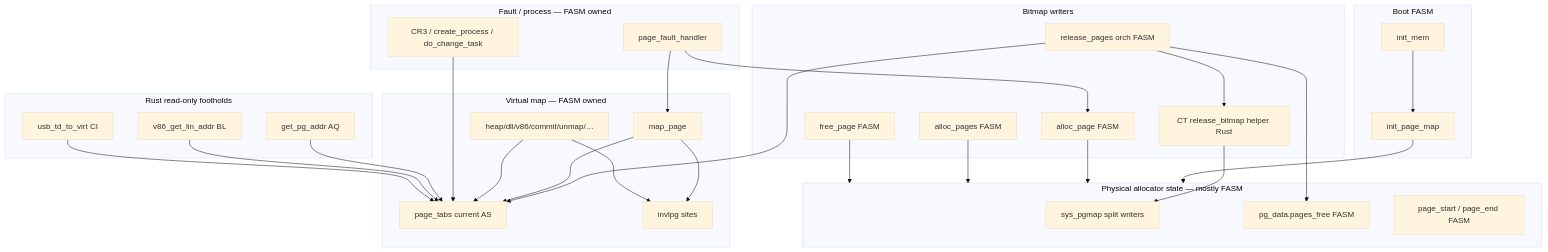
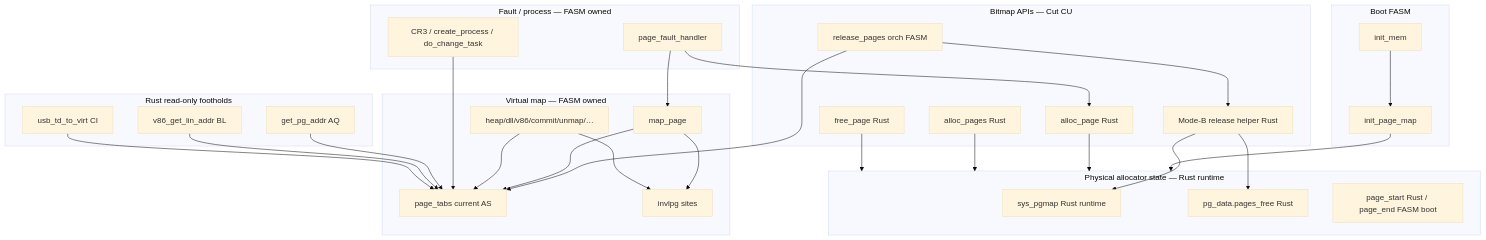
One commit to DarkoreXOR/KolibriOS-Reloaded changed the diagram in docs/migration/stage4-ownership-design.md. Above: the diagram before and after it, drawn with Mermaid (base theme). The commit also changed other lines of this file and 32 other files, not shown here.

````diff
--- a/docs/migration/stage4-ownership-design.md
+++ b/docs/migration/stage4-ownership-design.md
@@ -136,58 +139,58 @@
 ```mermaid
 flowchart TB
   subgraph boot [Boot FASM]
     init_mem[init_mem]
     init_page_map[init_page_map]
   end
 
-  subgraph phys [Physical allocator state — mostly FASM]
-    sys_pgmap[sys_pgmap split writers]
-    pages_free[pg_data.pages_free FASM]
-    page_start[page_start / page_end FASM]
+  subgraph phys [Physical allocator state — Rust runtime]
+    sys_pgmap[sys_pgmap Rust runtime]
+    pages_free[pg_data.pages_free Rust]
+    page_start[page_start Rust / page_end FASM boot]
   end
 
-  subgraph phys_api [Bitmap writers]
-    alloc_page[alloc_page FASM]
-    alloc_pages[alloc_pages FASM]
-    free_page[free_page FASM]
+  subgraph phys_api [Bitmap APIs — Cut CU]
+    alloc_page[alloc_page Rust]
+    alloc_pages[alloc_pages Rust]
+    free_page[free_page Rust]
     release_pages[release_pages orch FASM]
-    ct_helper[CT release_bitmap helper Rust]
+    mode_b[Mode-B release helper Rust]
   end
 
   subgraph virt [Virtual map — FASM owned]
     page_tabs[page_tabs current AS]
     map_page[map_page]
     other_pte[heap/dll/v86/commit/unmap/…]
     invlpg[invlpg sites]
   end
 
   subgraph fault [Fault / process — FASM owned]
     pf[page_fault_handler]
     cr3[CR3 / create_process / do_change_task]
   end
 
   subgraph rust_ro [Rust read-only footholds]
     AQ[get_pg_addr AQ]
     BL[v86_get_lin_addr BL]
     CI[usb_td_to_virt CI]
   end
 
   init_mem --> init_page_map --> phys
   alloc_page --> phys
   alloc_pages --> phys
   free_page --> phys
-  release_pages --> ct_helper
-  ct_helper --> sys_pgmap
-  release_pages --> pages_free
+  release_pages --> mode_b
+  mode_b --> sys_pgmap
+  mode_b --> pages_free
   release_pages --> page_tabs
   map_page --> page_tabs
   other_pte --> page_tabs
   map_page --> invlpg
   other_pte --> invlpg
   pf --> alloc_page
   pf --> map_page
   cr3 --> page_tabs
   AQ --> page_tabs
   BL --> page_tabs
   CI --> page_tabs
 ```
````
